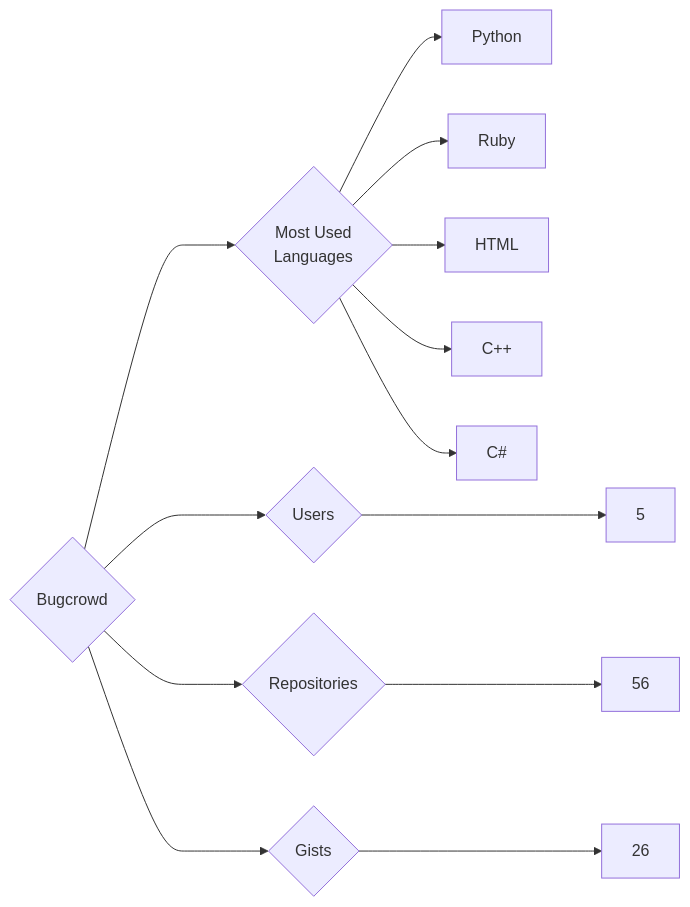
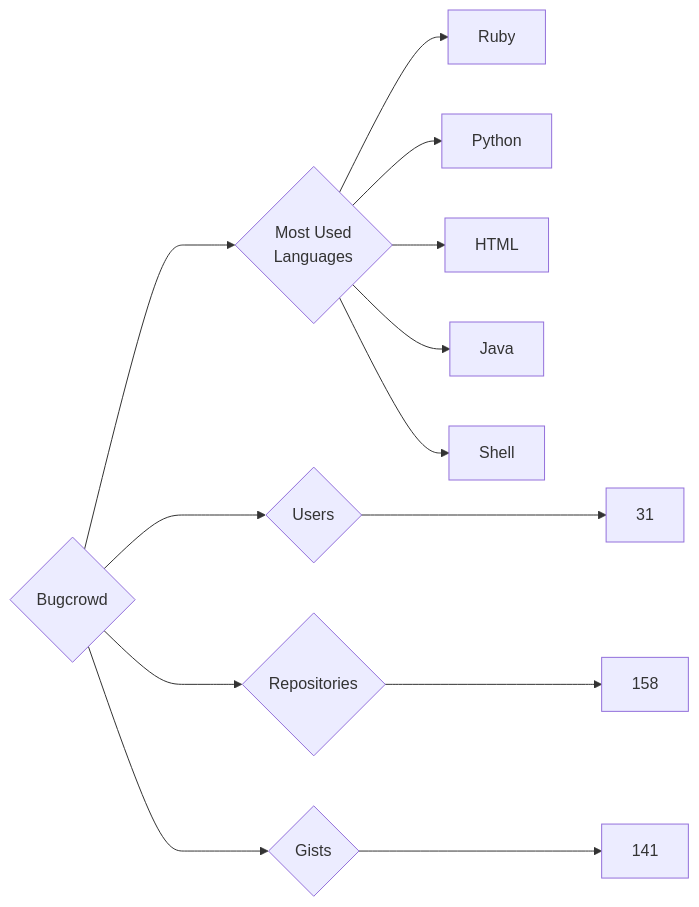
Before and after one commit to trickest/insiders: the diagram in targets/Bugcrowd/README.md, drawn with Mermaid. The commit also changed 681 other files, not shown here.

````diff
--- a/targets/Bugcrowd/README.md
+++ b/targets/Bugcrowd/README.md
@@ -3,13 +3,13 @@
 ```mermaid
 graph LR
 COMPANY_NAME{Bugcrowd}
-COMPANY_NAME ---> U{Users} ---> UN[5]
-COMPANY_NAME ---> R{Repositories} ---> RN[56]
-COMPANY_NAME ---> G{Gists} ---> GN[26]
+COMPANY_NAME ---> U{Users} ---> UN[31]
+COMPANY_NAME ---> R{Repositories} ---> RN[158]
+COMPANY_NAME ---> G{Gists} ---> GN[141]
 COMPANY_NAME ---> ML{Most Used<br>Languages}
+ML --> Ruby[Ruby]
 ML --> Python[Python]
-ML --> Ruby[Ruby]
 ML --> HTML[HTML]
-ML --> C++[C++]
-ML --> C#[C#]
+ML --> Java[Java]
+ML --> Shell[Shell]
 ```
````
